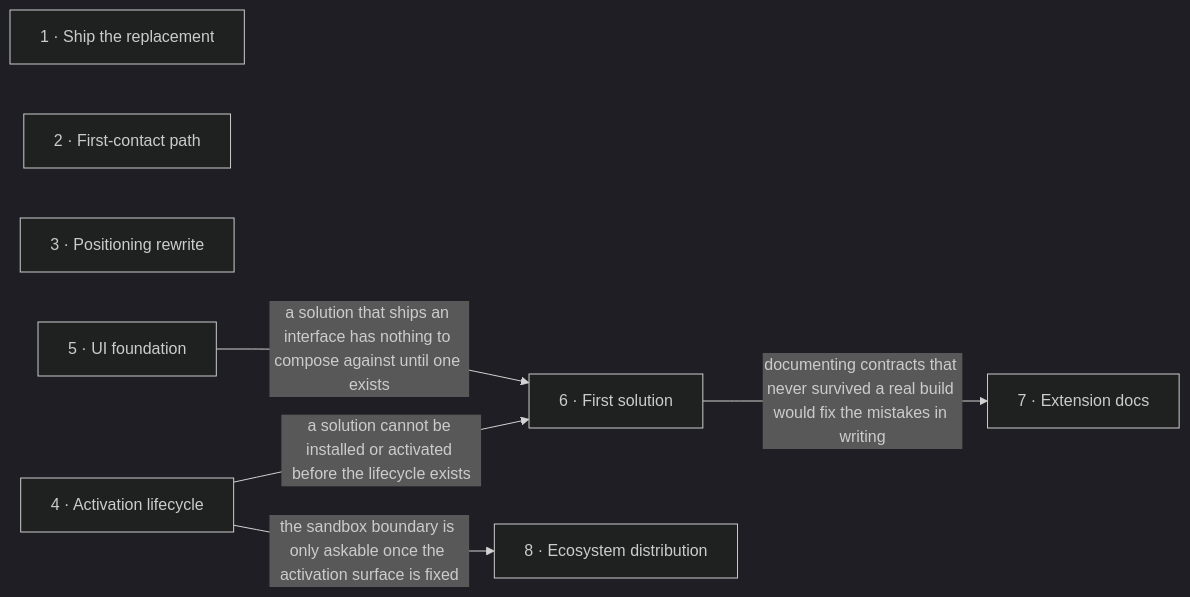
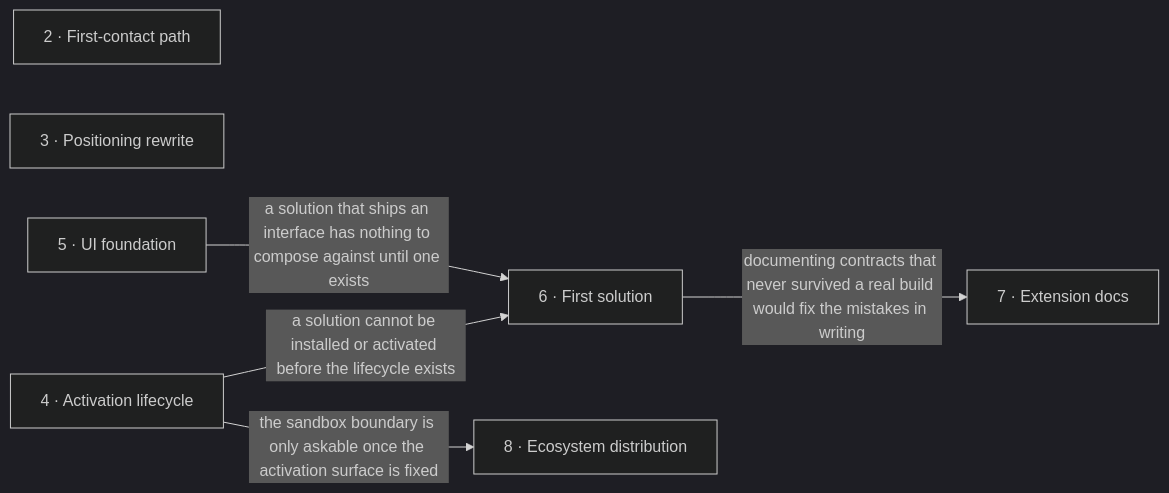
Before and after one commit to fapost-lab/core: the diagram in docs/roadmap.md, drawn with Mermaid (dark theme). The commit also changed other lines of this file and 47 other files, not shown here.

````diff
--- a/docs/roadmap.md
+++ b/docs/roadmap.md
@@ -73,15 +74,14 @@
 ```mermaid
 flowchart LR
-  s1["1 · Ship the replacement"]
   s2["2 · First-contact path"]
   s3["3 · Positioning rewrite"]
   s4["4 · Activation lifecycle"]
   s5["5 · UI foundation"]
   s6["6 · First solution"]
   s7["7 · Extension docs"]
   s8["8 · Ecosystem distribution"]
   s4 -->|"a solution cannot be installed or activated before the lifecycle exists"| s6
   s5 -->|"a solution that ships an interface has nothing to compose against until one exists"| s6
   s6 -->|"documenting contracts that never survived a real build would fix the mistakes in writing"| s7
   s4 -->|"the sandbox boundary is only askable once the activation surface is fixed"| s8
 ```
````
